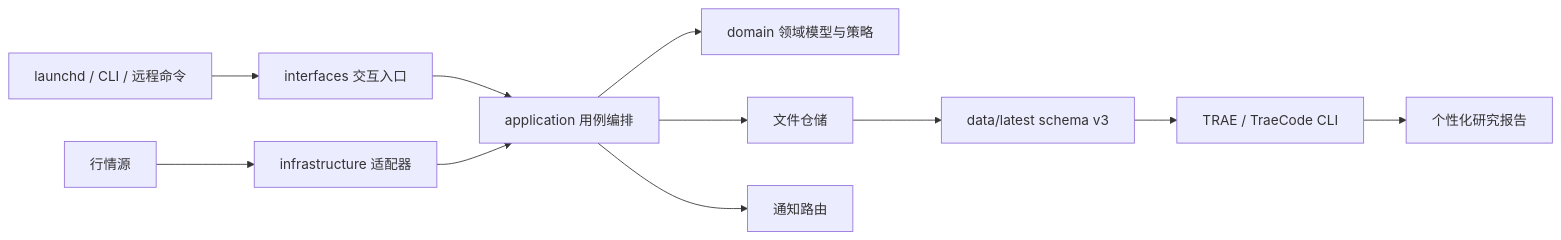
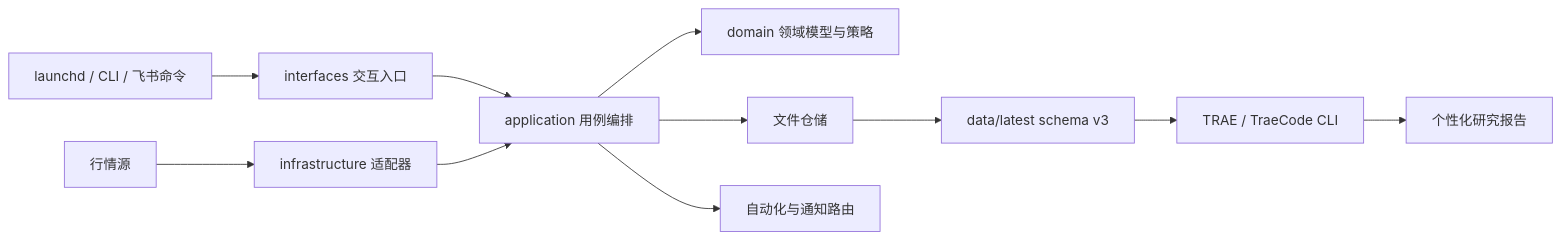
The first of 3 diagrams in docs/architecture.md (lapixiaoxin/quant), drawn with Mermaid before and after one commit. The commit also changed other lines of this file and 30 other files, not shown here.

````diff
--- a/docs/architecture.md
+++ b/docs/architecture.md
@@ -7,13 +7,13 @@
 ```mermaid
 flowchart LR
-    T[launchd / CLI / 远程命令] --> I[interfaces 交互入口]
+    T[launchd / CLI / 飞书命令] --> I[interfaces 交互入口]
     I --> A[application 用例编排]
     A --> D[domain 领域模型与策略]
     M[行情源] --> X[infrastructure 适配器]
     X --> A
     A --> F[文件仓储]
-    A --> N[通知路由]
+    A --> N[自动化与通知路由]
     F --> P[data/latest schema v3]
     P --> R[TRAE / TraeCode CLI]
     R --> O[个性化研究报告]
 ```
````
